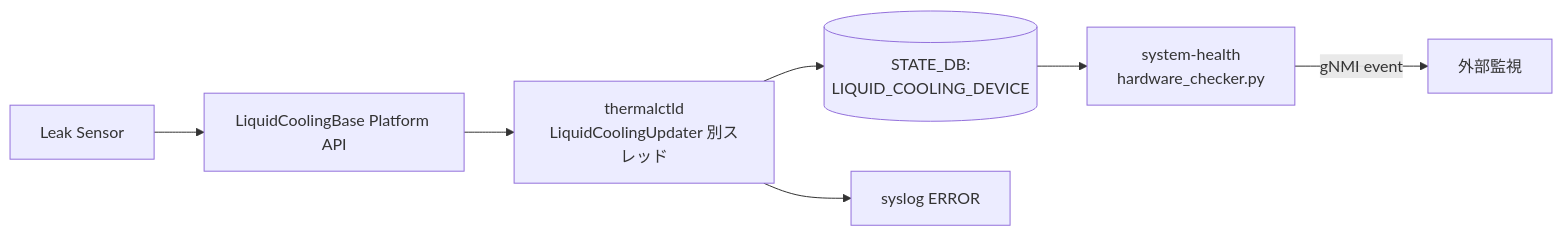
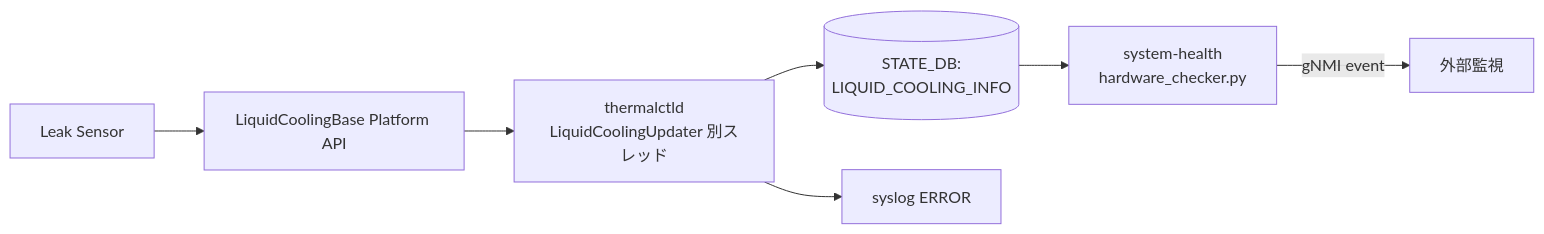
The diagram in docs/platform/liquid-cooling-leakage-detection-in-sonic.md (aoki-taquan/sonic-unofficial-docs), drawn with Mermaid before and after one commit. The commit also changed 1 other file, not shown here.

Commit message:
review: batch 044 - fix liquid-cooling STATE_DB name inconsistency and muxcable CLI
- liquid-cooling-leakage-detection: mermaid図とトラブルシューティングの
  STATE_DB名を実装に合わせて LIQUID_COOLING_DEVICE → LIQUID_COOLING_INFO に修正
  （discrepancy-foundヘッダーと整合）
- active-standby-dual-tor: show mux → show muxcable、redis DB番号 0 → 6 を修正

````diff
--- a/docs/platform/liquid-cooling-leakage-detection-in-sonic.md
+++ b/docs/platform/liquid-cooling-leakage-detection-in-sonic.md
@@ -52,9 +52,9 @@
 ```mermaid
 flowchart LR
   HW[Leak Sensor] --> API[LiquidCoolingBase Platform API]
   API --> TC[thermalctld<br>LiquidCoolingUpdater 別スレッド]
-  TC --> SDB[(STATE_DB:<br>LIQUID_COOLING_DEVICE)]
+  TC --> SDB[(STATE_DB:<br>LIQUID_COOLING_INFO)]
   SDB --> SH[system-health<br>hardware_checker.py]
   SH -->|gNMI event| EXT[外部監視]
   TC --> SYSLOG[syslog ERROR]
 ```
````
